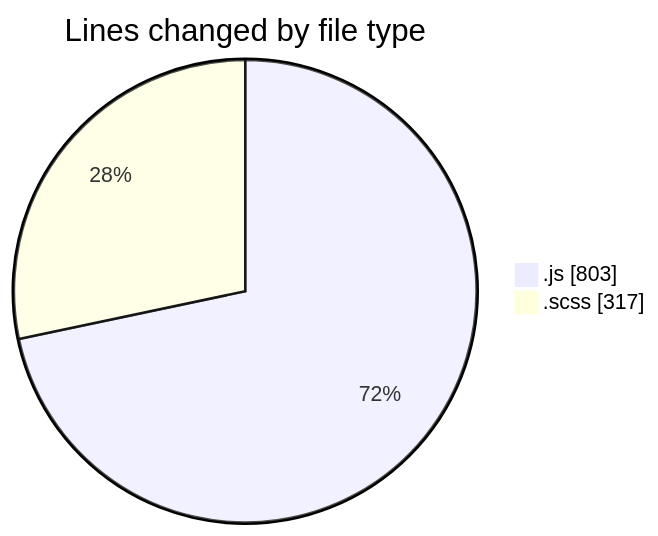
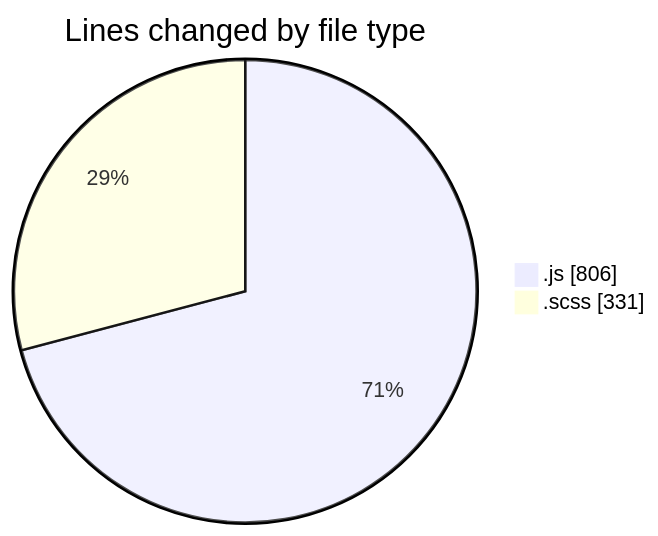
One commit to momahboobian/code-tracking changed the first of 2 diagrams in 2026-01-05/cda/README.md. Above: the diagram before and after it, drawn with Mermaid. The commit also changed other lines of this file and 1 other file, not shown here.

````diff
--- a/2026-01-05/cda/README.md
+++ b/2026-01-05/cda/README.md
@@ -26,6 +26,6 @@
 ```mermaid
 pie showData
 title Lines changed by file type
-".js" : 803
-".scss" : 317
+".js" : 806
+".scss" : 331
 ```
````
